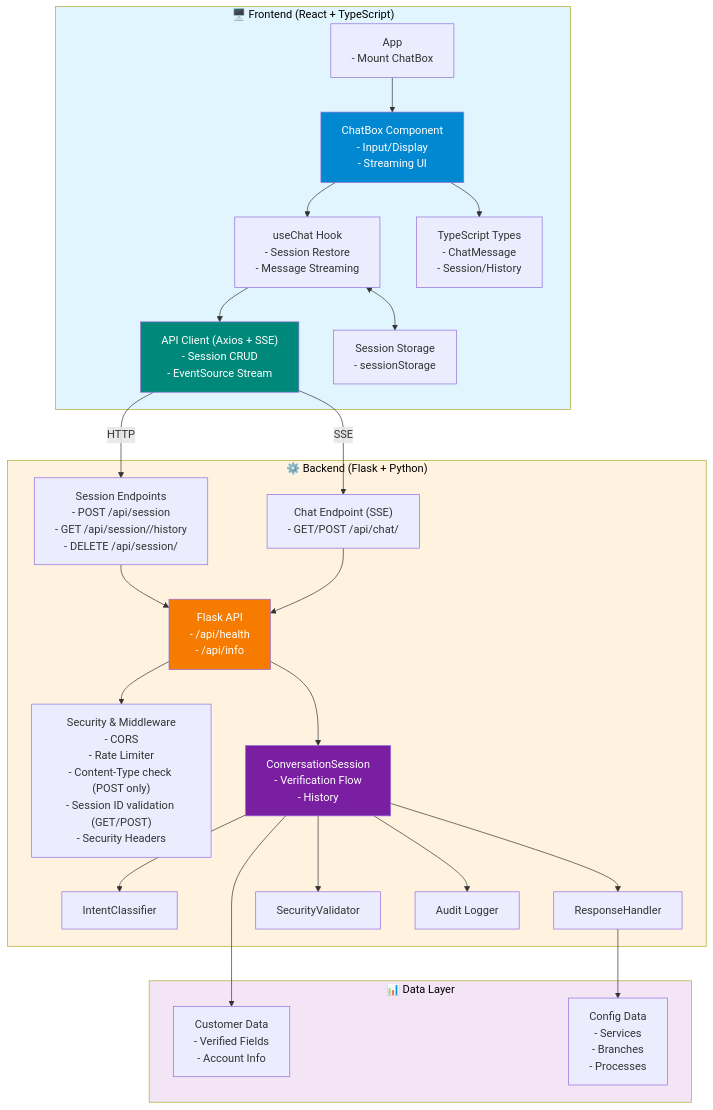
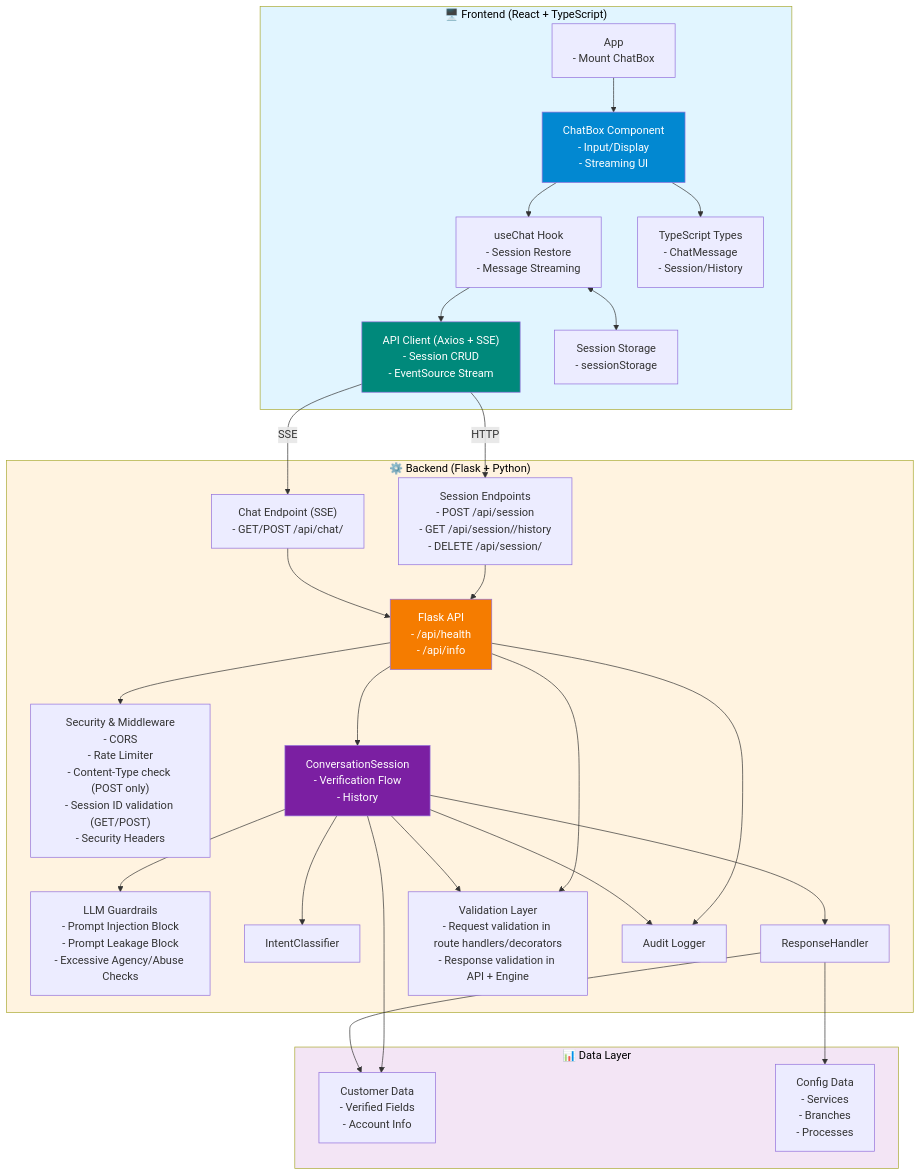
Before and after one commit to polarbeargo/bank-customer-service-chatbot: the first of 2 diagrams in README.md, drawn with Mermaid. The commit also changed other lines of this file and 5 other files, not shown here.

````diff
--- a/README.md
+++ b/README.md
@@ -14,52 +17,57 @@
 ```mermaid
 graph TB
    subgraph Frontend["🖥️ Frontend (React + TypeScript)"]
       App["App<br/>- Mount ChatBox"]
       ChatBox["ChatBox Component<br/>- Input/Display<br/>- Streaming UI"]
       Hook["useChat Hook<br/>- Session Restore<br/>- Message Streaming"]
       ApiClient["API Client (Axios + SSE)<br/>- Session CRUD<br/>- EventSource Stream"]
       Storage["Session Storage<br/>- sessionStorage"]
       Types["TypeScript Types<br/>- ChatMessage<br/>- Session/History"]
    end
 
    subgraph Backend["⚙️ Backend (Flask + Python)"]
       Flask["Flask API<br/>- /api/health<br/>- /api/info"]
       SessionAPI["Session Endpoints<br/>- POST /api/session<br/>- GET /api/session/<id>/history<br/>- DELETE /api/session/<id>"]
       ChatAPI["Chat Endpoint (SSE)<br/>- GET/POST /api/chat/<id>"]
       Middleware["Security & Middleware<br/>- CORS<br/>- Rate Limiter<br/>- Content-Type check (POST only)<br/>- Session ID validation (GET/POST)<br/>- Security Headers"]
       Engine["ConversationSession<br/>- Verification Flow<br/>- History"]
+      Guardrails["LLM Guardrails<br/>- Prompt Injection Block<br/>- Prompt Leakage Block<br/>- Excessive Agency/Abuse Checks"]
       Intent["IntentClassifier"]
       Response["ResponseHandler"]
-      SecVal["SecurityValidator"]
+      SecVal["Validation Layer<br/>- Request validation in route handlers/decorators<br/>- Response validation in API + Engine"]
       Audit["Audit Logger"]
    end
 
    subgraph Data["📊 Data Layer"]
       Customer["Customer Data<br/>- Verified Fields<br/>- Account Info"]
       Config["Config Data<br/>- Services<br/>- Branches<br/>- Processes"]
    end
 
    App --> ChatBox --> Hook --> ApiClient
    Hook <--> Storage
    ChatBox --> Types
    ApiClient -->|HTTP| SessionAPI
    ApiClient -->|SSE| ChatAPI
    SessionAPI --> Flask
    ChatAPI --> Flask
    Flask --> Middleware
+   Flask --> SecVal
+   Flask --> Audit
    Flask --> Engine
+   Engine --> Guardrails
    Engine --> Intent
    Engine --> Response
    Engine --> SecVal
    Engine --> Customer
+   Response --> Customer
    Response --> Config
    Engine --> Audit
 
    style Frontend fill:#e1f5ff,color:#000
    style Backend fill:#fff3e0,color:#000
    style Data fill:#f3e5f5,color:#000
    style ChatBox fill:#0288d1,color:#fff
    style ApiClient fill:#00897b,color:#fff
    style Flask fill:#f57c00,color:#fff
    style Engine fill:#7b1fa2,color:#fff
 ```
````
